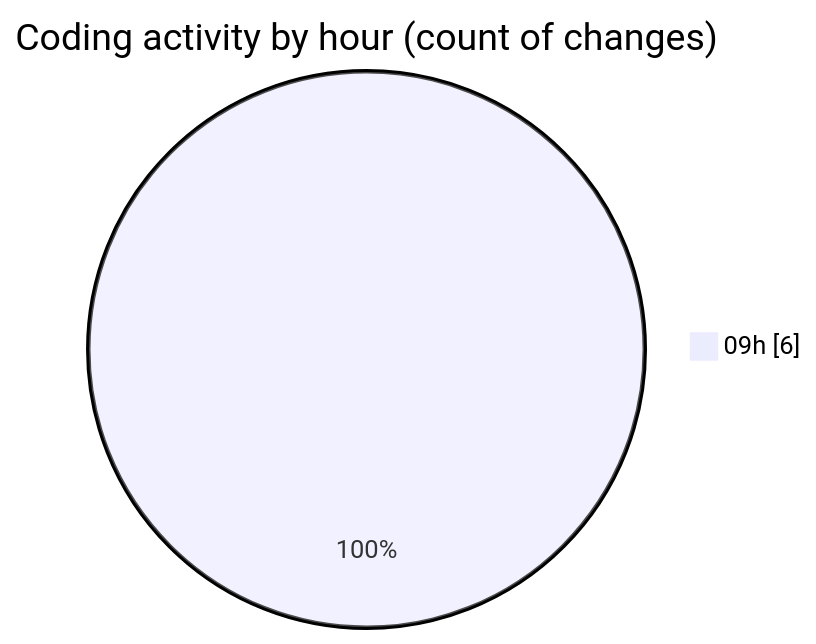
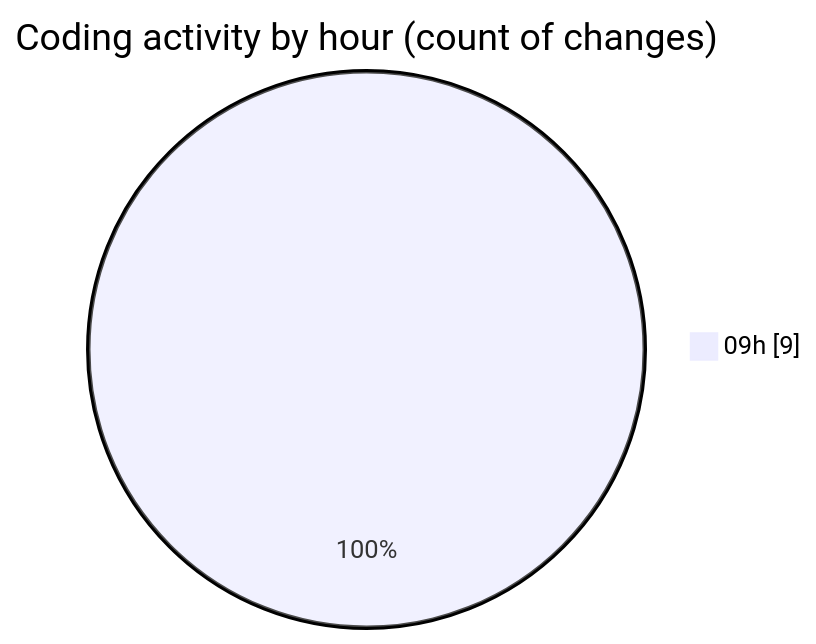
The second of 2 diagrams in 2025-05-09/ecodeli/README.md (CELIANVF/code-tracking), drawn with Mermaid before and after one commit. The commit also changed other lines of this file and 1 other file, not shown here.

````diff
--- a/2025-05-09/ecodeli/README.md
+++ b/2025-05-09/ecodeli/README.md
@@ -31,5 +35,5 @@
 ```mermaid
 pie showData
 title Coding activity by hour (count of changes)
-"09h" : 6
+"09h" : 9
 ```
````
